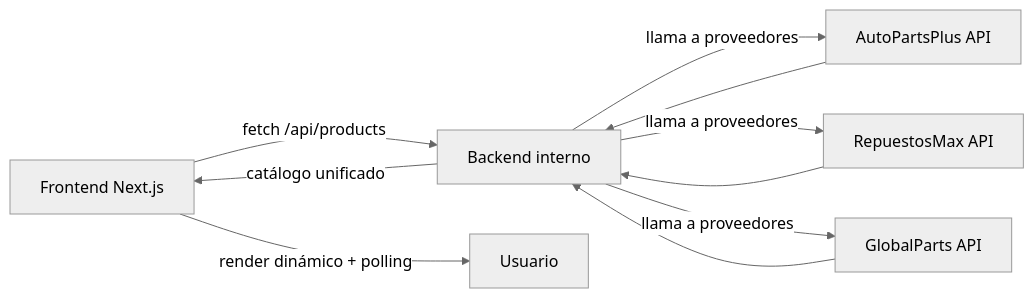
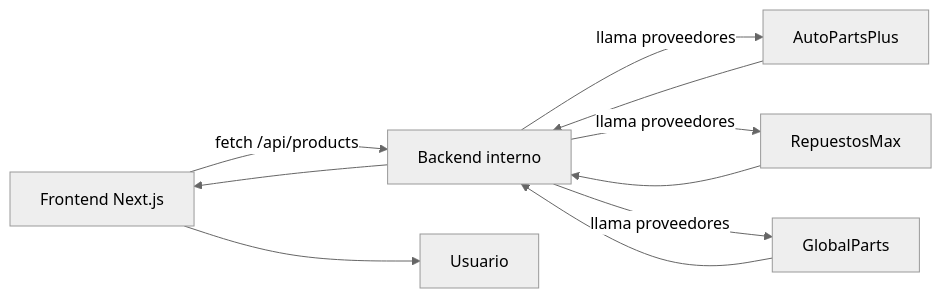
One commit to fabian-gc/turboshop-test changed the diagram in README.md. Above: the diagram before and after it, drawn with Mermaid (neutral theme). The commit also changed other lines of this file, not shown here.

````diff
--- a/README.md
+++ b/README.md
@@ -181,16 +145,16 @@
 ```mermaid
 flowchart LR
 
 A[Frontend Next.js] -- fetch /api/products --> B[Backend interno]
 
-B -- llama a proveedores --> P1[AutoPartsPlus API]
-B -- llama a proveedores --> P2[RepuestosMax API]
-B -- llama a proveedores --> P3[GlobalParts API]
+B -- llama proveedores --> P1[AutoPartsPlus]
+B -- llama proveedores --> P2[RepuestosMax]
+B -- llama proveedores --> P3[GlobalParts]
 
 P1 --> B
 P2 --> B
 P3 --> B
 
-B -- catálogo unificado --> A
-A -- render dinámico + polling --> Usuario
+B --> A
+A --> Usuario
 ```
````
